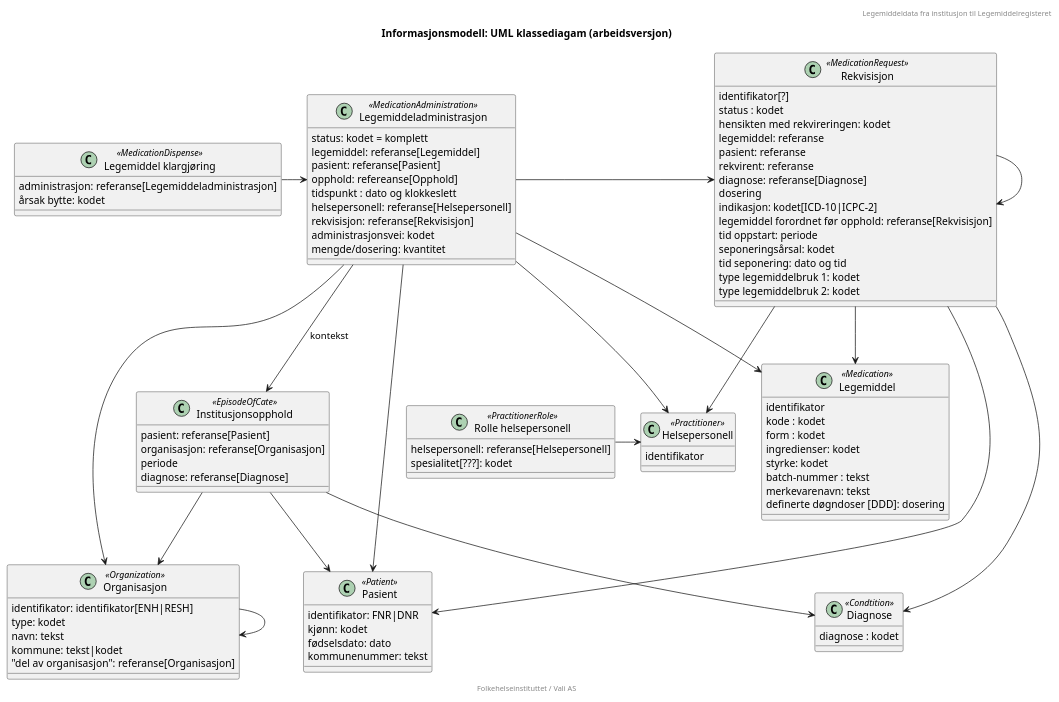
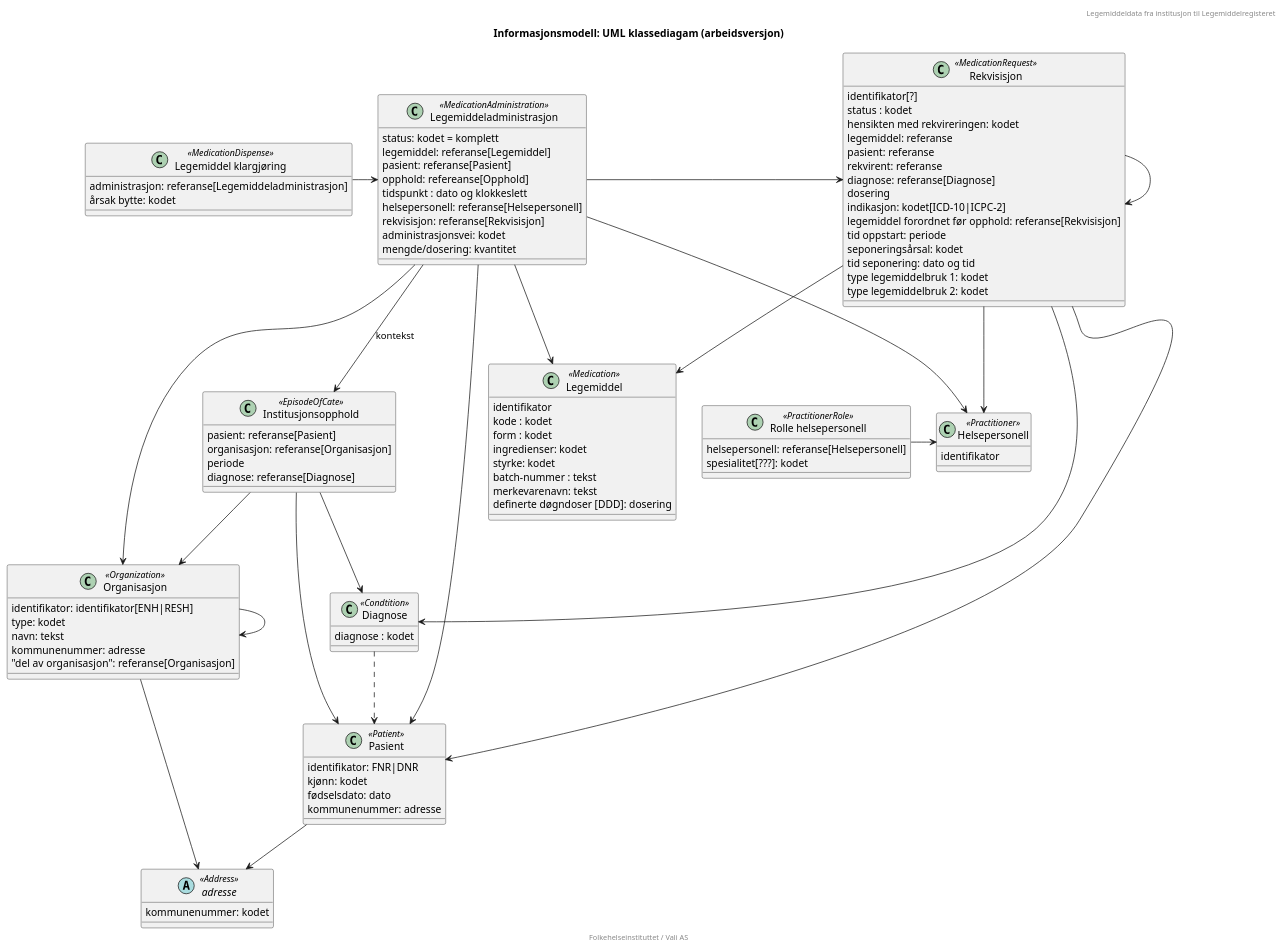
Before and after one commit to HL7Norway/LMDI: the diagram in LMDI/input/images/informasjonsmodell-test.plantuml, drawn with PlantUML.

```diff
--- a/LMDI/input/images/informasjonsmodell-test.plantuml
+++ b/LMDI/input/images/informasjonsmodell-test.plantuml
@@ -1,110 +1,120 @@
 @startuml
 
 header "Legemiddeldata fra institusjon til Legemiddelregisteret"
 title "Informasjonsmodell: UML klassediagam (arbeidsversjon)"
 footer "Folkehelseinstituttet / Vali AS"
 
 class Pasient <<Patient>> {
    identifikator: FNR|DNR
    kjønn: kodet
    fødselsdato: dato
-   kommunenummer: tekst 
+   kommunenummer: adresse
 }
+
+Pasient --> adresse
+
 class Legemiddeladministrasjon <<MedicationAdministration>> {
    status: kodet = komplett
    legemiddel: referanse[Legemiddel]
    pasient: referanse[Pasient]
    opphold: refereanse[Opphold]
    tidspunkt : dato og klokkeslett
    helsepersonell: referanse[Helsepersonell]
    rekvisisjon: referanse[Rekvisisjon]
    administrasjonsvei: kodet
    mengde/dosering: kvantitet
 }
 
 Legemiddeladministrasjon -> Legemiddel 
 Legemiddeladministrasjon --> Pasient
 Legemiddeladministrasjon --> Helsepersonell
 Legemiddeladministrasjon --> Organisasjon
 Legemiddeladministrasjon -> Rekvisisjon
 Legemiddeladministrasjon --> Institusjonsopphold : kontekst
 
 class Legemiddel <<Medication>> {
    identifikator
    kode : kodet
    form : kodet
    ingredienser: kodet
    styrke: kodet
    batch-nummer : tekst
    merkevarenavn: tekst
    definerte døgndoser [DDD]: dosering
 }
 
 class Helsepersonell <<Practitioner>> {
    identifikator
 }
 class Organisasjon <<Organization>> {
    identifikator: identifikator[ENH|RESH]
    type: kodet
    navn: tekst
-   kommune: tekst|kodet
+   kommunenummer: adresse
    "del av organisasjon": referanse[Organisasjon]
 }
 
+Organisasjon --> adresse
 Organisasjon --> Organisasjon
 
 class Institusjonsopphold <<EpisodeOfCate>> {
     pasient: referanse[Pasient]
     organisasjon: referanse[Organisasjon]
     periode
     diagnose: referanse[Diagnose]
 }
 
 Institusjonsopphold --> Pasient
 Institusjonsopphold --> Organisasjon
 Institusjonsopphold --> Diagnose
 
 class Diagnose <<Condtition>> {
    diagnose : kodet
 }
+
+Diagnose ..> Pasient
 
 class Rekvisisjon <<MedicationRequest>> {
     identifikator[?]
     status : kodet
     hensikten med rekvireringen: kodet
     legemiddel: referanse
     pasient: referanse
     rekvirent: referanse
     diagnose: referanse[Diagnose]
     dosering
     indikasjon: kodet[ICD-10|ICPC-2]
     legemiddel forordnet før opphold: referanse[Rekvisisjon]
     tid oppstart: periode
     seponeringsårsal: kodet
     tid seponering: dato og tid
     type legemiddelbruk 1: kodet
     type legemiddelbruk 2: kodet
 }
 
 Rekvisisjon --> Diagnose
 Rekvisisjon --> Legemiddel
 Rekvisisjon --> Pasient
 Rekvisisjon --> Helsepersonell
 Rekvisisjon -> Rekvisisjon
 
 class "Legemiddel klargjøring" <<MedicationDispense>> {
     administrasjon: referanse[Legemiddeladministrasjon]
     årsak bytte: kodet
 } 
 
 "Legemiddel klargjøring" -> Legemiddeladministrasjon
 
 class "Rolle helsepersonell" <<PractitionerRole>> {
     helsepersonell: referanse[Helsepersonell]
     spesialitet[???]: kodet
 }
 
 "Rolle helsepersonell" -> Helsepersonell
 
+abstract class adresse <<Address>> {
+    kommunenummer: kodet
+}
+
 
 @enduml
```
